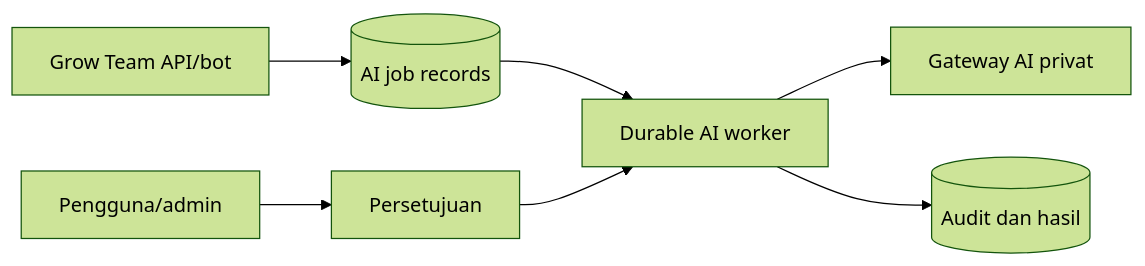
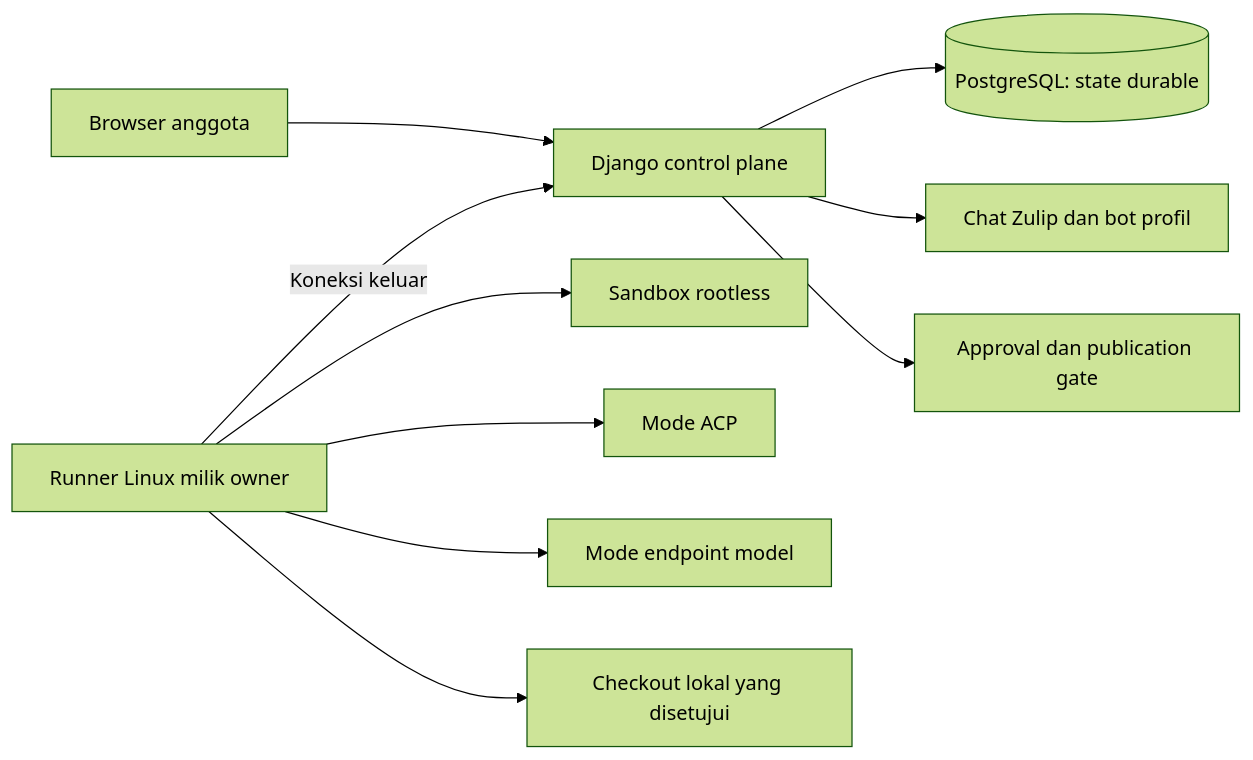
Before and after one commit to Growth-Circle/grow-team: the second of 2 diagrams in internals/docs/blueprint.md, drawn with Mermaid (forest theme). The commit also changed other lines of this file and 7 other files, not shown here.

````diff
--- a/internals/docs/blueprint.md
+++ b/internals/docs/blueprint.md
@@ -33,9 +26,12 @@
 ```mermaid
 flowchart LR
-  App[Grow Team API/bot] --> Jobs[(AI job records)]
-  Jobs --> Worker[Durable AI worker]
-  Worker --> Gateway[Gateway AI privat]
-  Worker --> Audit[(Audit dan hasil)]
-  Human[Pengguna/admin] --> Approval[Persetujuan]
-  Approval --> Worker
+  Browser[Browser anggota] --> Django[Django control plane]
+  Django --> PG[(PostgreSQL: state durable)]
+  Django --> Chat[Chat Zulip dan bot profil]
+  Runner[Runner Linux milik owner] -->|Koneksi keluar| Django
+  Runner --> Sandbox[Sandbox rootless]
+  Runner --> ACP[Mode ACP]
+  Runner --> Endpoint[Mode endpoint model]
+  Runner --> Repo[Checkout lokal yang disetujui]
+  Django --> Approval[Approval dan publication gate]
 ```
````
